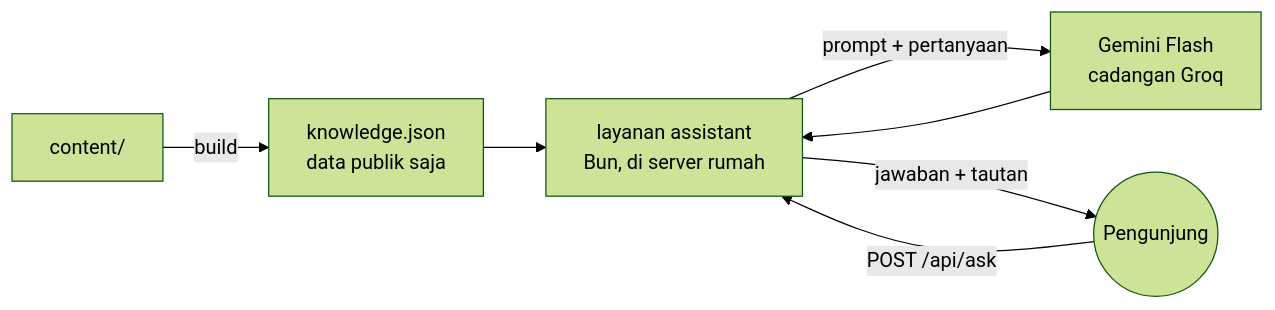
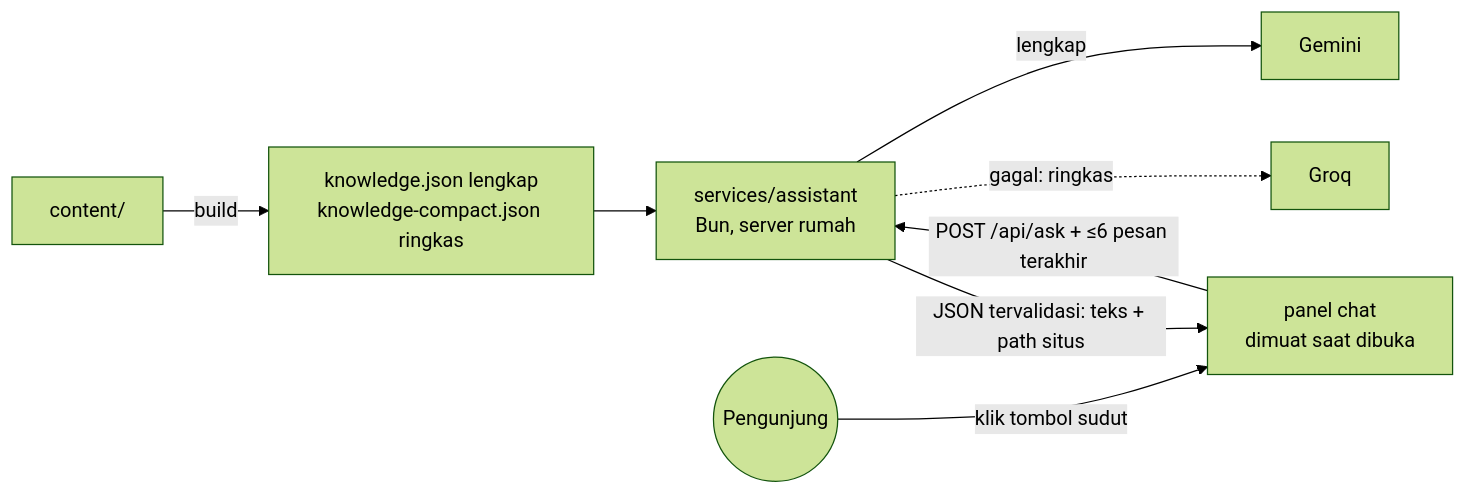
One commit to harrymardika/portfolio changed the diagram in docs/11-roadmap.md. Above: the diagram before and after it, drawn with Mermaid (forest theme). The commit also changed other lines of this file and 2 other files, not shown here.

````diff
--- a/docs/11-roadmap.md
+++ b/docs/11-roadmap.md
@@ -81,8 +81,10 @@
 ```mermaid
 flowchart LR
-  C[content/] -->|build| K[knowledge.json<br/>data publik saja]
-  V((Pengunjung)) -->|POST /api/ask| A[layanan assistant<br/>Bun, di server rumah]
+  C[content/] -->|build| K[knowledge.json lengkap<br/>knowledge-compact.json ringkas]
+  V((Pengunjung)) -->|klik tombol sudut| W[panel chat<br/>dimuat saat dibuka]
+  W -->|POST /api/ask + ≤6 pesan terakhir| A[services/assistant<br/>Bun, server rumah]
   K --> A
-  A -->|prompt + pertanyaan| G[Gemini Flash<br/>cadangan Groq]
-  G --> A -->|jawaban + tautan| V
+  A -->|lengkap| G[Gemini]
+  A -.->|gagal: ringkas| Q[Groq]
+  A -->|JSON tervalidasi: teks + path situs| W
 ```
````
